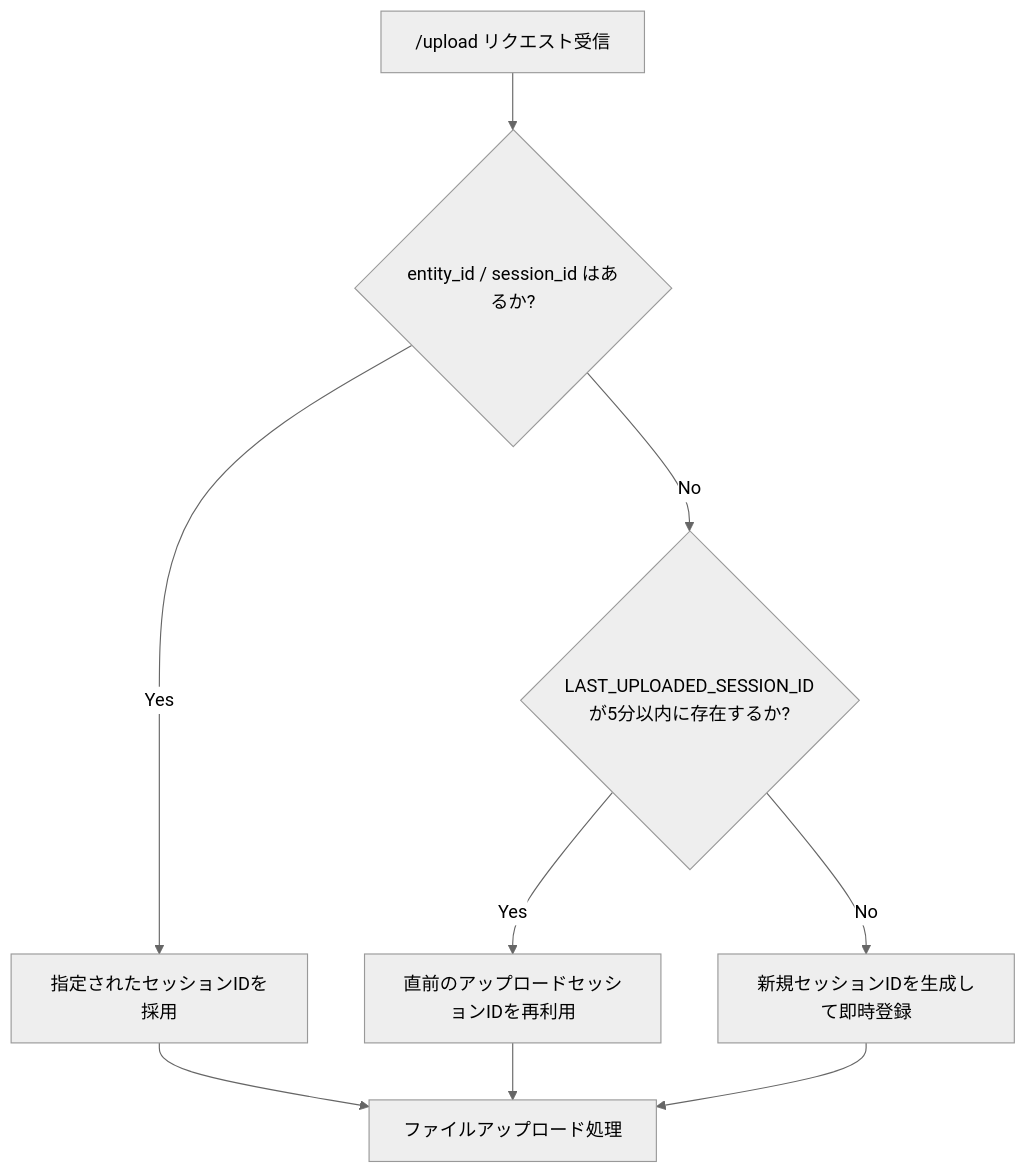
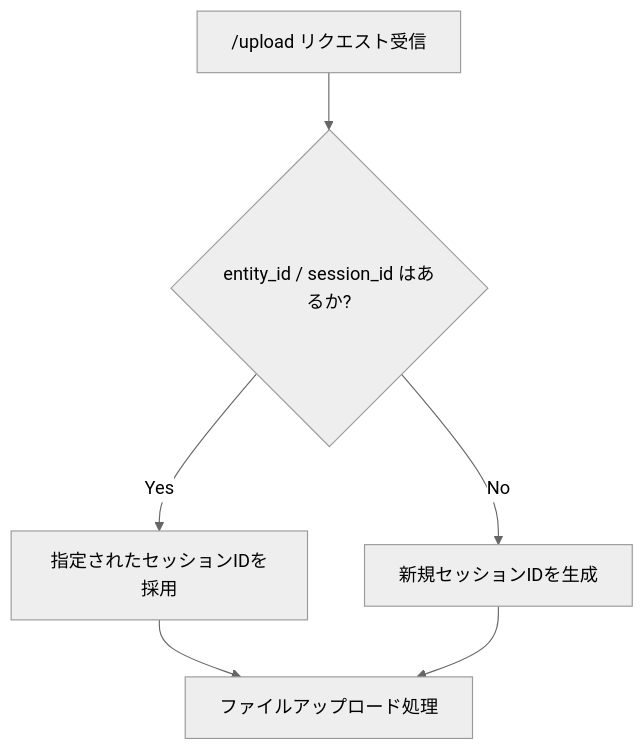
The second of 2 diagrams in docs/domain/session-resolution.md (chottokun/LibreChat_with_local_CI), drawn with Mermaid (neutral theme) before and after one commit. The commit also changed other lines of this file and 7 other files, not shown here.

````diff
--- a/docs/domain/session-resolution.md
+++ b/docs/domain/session-resolution.md
@@ -55,12 +51,9 @@
 ```mermaid
 graph TD
     Req["/upload リクエスト受信"] --> Check{"entity_id / session_id はあるか?"}
     Check -- Yes --> UseSid["指定されたセッションIDを採用"]
-    Check -- No --> FallbackCheck{"LAST_UPLOADED_SESSION_ID<br>が5分以内に存在するか?"}
-    FallbackCheck -- Yes --> Reuse["直前のアップロードセッションIDを再利用"]
-    FallbackCheck -- No --> GenNew["新規セッションIDを生成して即時登録"]
+    Check -- No --> GenNew["新規セッションIDを生成"]
 
     UseSid --> Process["ファイルアップロード処理"]
-    Reuse --> Process
     GenNew --> Process
 ```
````
